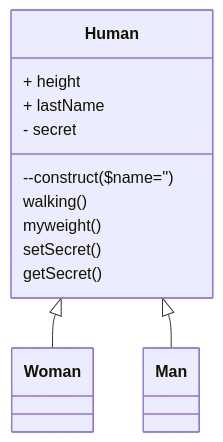
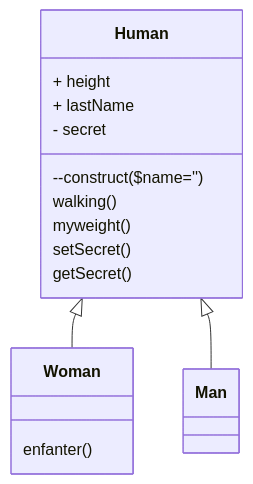
One commit to charlyol/phpObjet changed the diagram in diagramme.md. Above: the diagram before and after it, drawn with Mermaid. The commit also changed 5 other files, not shown here.

````diff
--- a/diagramme.md
+++ b/diagramme.md
@@ -1,17 +1,21 @@
 ```mermaid
 classDiagram
     class Human {
         + height
         + lastName
         - secret
 --construct($name='')
         walking()
         myweight()
         setSecret()
         getSecret()
     }
+class Woman{
+    enfanter()
+}
 
 Human <|-- Woman
 Human <|-- Man
 
+
 ```
````
